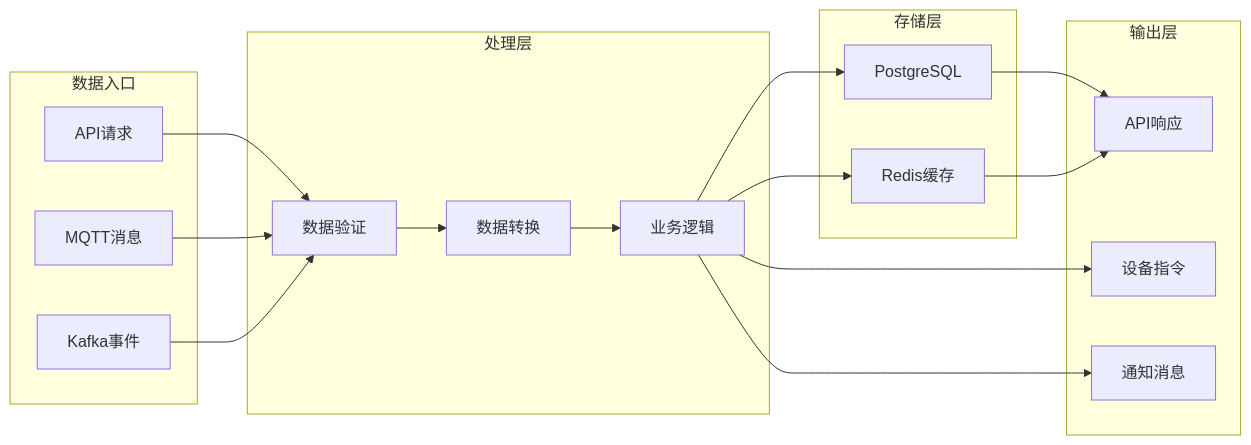
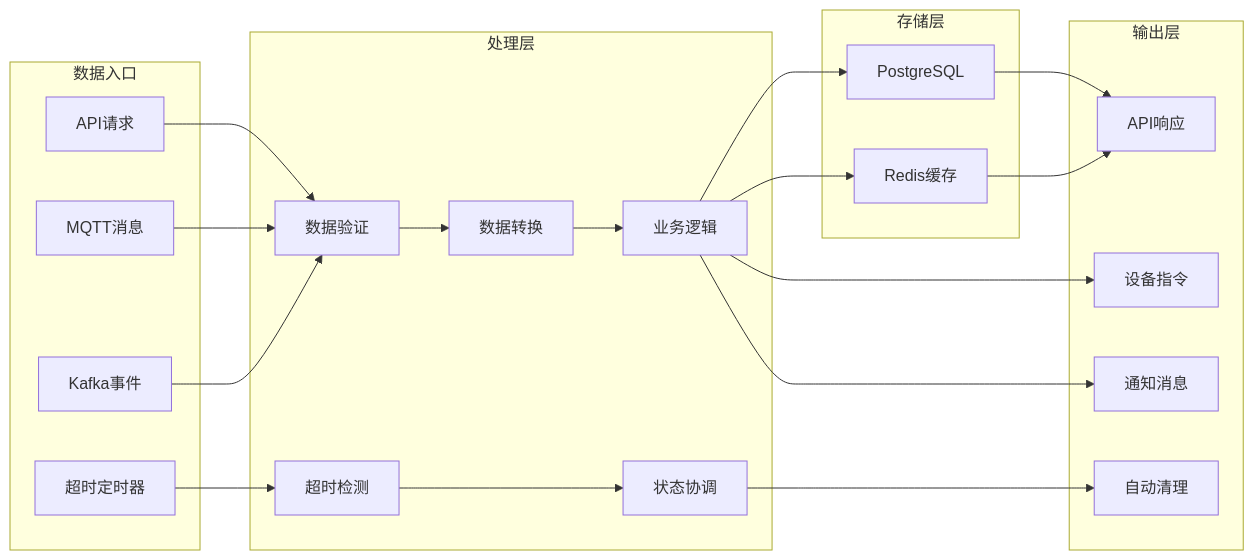
One commit to mcmrzy/cs_inv_monitor-develop changed diagram 20 of 22 in .qoder/repowiki/zh/content/OTA升级系统/OTA任务调度/OTA任务调度.md. Above: the diagram before and after it, drawn with Mermaid. The commit also changed other lines of this file and 28 other files, not shown here.

````diff
--- a/.qoder/repowiki/zh/content/OTA升级系统/OTA任务调度/OTA任务调度.md
+++ b/.qoder/repowiki/zh/content/OTA升级系统/OTA任务调度/OTA任务调度.md
@@ -752,33 +872,40 @@
 ```mermaid
 flowchart LR
 subgraph "数据入口"
 API[API请求]
 MQTT[MQTT消息]
 Kafka[Kafka事件]
+TIMEOUT_TICK[超时定时器]
 end
 subgraph "处理层"
 Validation[数据验证]
 Transformation[数据转换]
 BusinessLogic[业务逻辑]
+TimeoutDetection[超时检测]
+StateReconciliation[状态协调]
 end
 subgraph "存储层"
 PostgreSQL[PostgreSQL]
 Redis[Redis缓存]
 end
 subgraph "输出层"
 Response[API响应]
 DeviceCommands[设备指令]
 Notifications[通知消息]
+AutoCleanup[自动清理]
 end
 API --> Validation
 MQTT --> Validation
 Kafka --> Validation
+TIMEOUT_TICK --> TimeoutDetection
 Validation --> Transformation
 Transformation --> BusinessLogic
+TimeoutDetection --> StateReconciliation
 BusinessLogic --> PostgreSQL
 BusinessLogic --> Redis
 PostgreSQL --> Response
 Redis --> Response
 BusinessLogic --> DeviceCommands
 BusinessLogic --> Notifications
+StateReconciliation --> AutoCleanup
 ```
````
